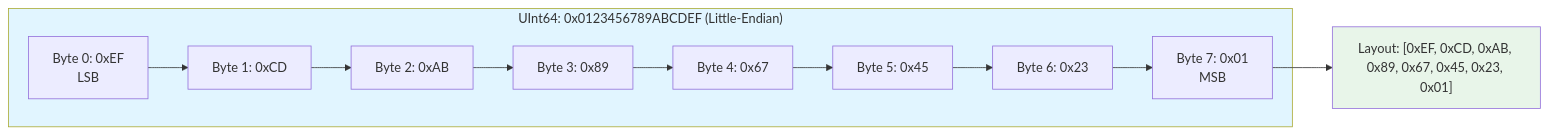
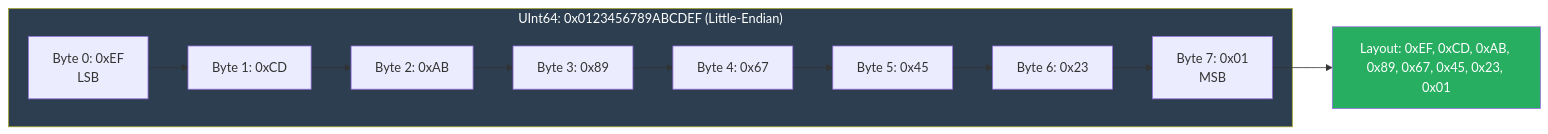
The ninth of 19 diagrams in README.md (Mikedan37/BlazeBinary), drawn with Mermaid before and after one commit. The commit also changed other lines of this file and 11 other files, not shown here.

First line of the commit message:
Improve Mermaid diagrams and code display formatting

````diff
--- a/README.md
+++ b/README.md
@@ -376,18 +376,18 @@
 ```mermaid
 graph LR
     subgraph UInt64["UInt64: 0x0123456789ABCDEF (Little-Endian)"]
         B0[Byte 0: 0xEF<br/>LSB] --> B1[Byte 1: 0xCD]
         B1 --> B2[Byte 2: 0xAB]
         B2 --> B3[Byte 3: 0x89]
         B3 --> B4[Byte 4: 0x67]
         B4 --> B5[Byte 5: 0x45]
         B5 --> B6[Byte 6: 0x23]
         B6 --> B7[Byte 7: 0x01<br/>MSB]
     end
     
-    Layout["Layout: [0xEF, 0xCD, 0xAB, 0x89, 0x67, 0x45, 0x23, 0x01]"]
+    Layout["Layout: 0xEF, 0xCD, 0xAB, 0x89, 0x67, 0x45, 0x23, 0x01"]
     B7 --> Layout
     
-    style UInt64 fill:#e1f5ff
-    style Layout fill:#e8f5e9
+    style UInt64 fill:#2c3e50,color:#ffffff
+    style Layout fill:#27ae60,color:#ffffff
 ```
````
